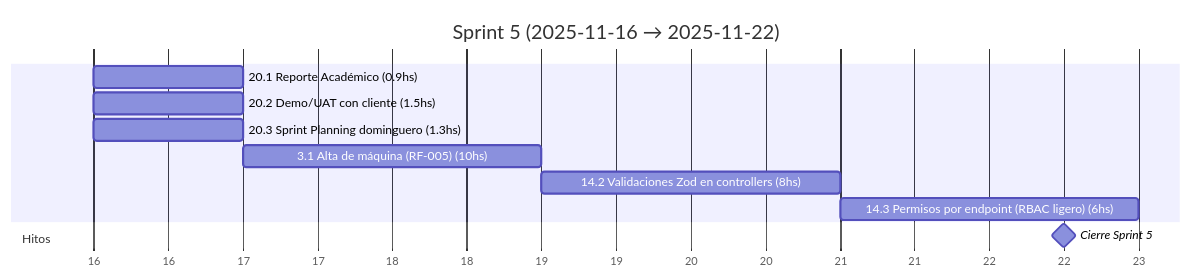
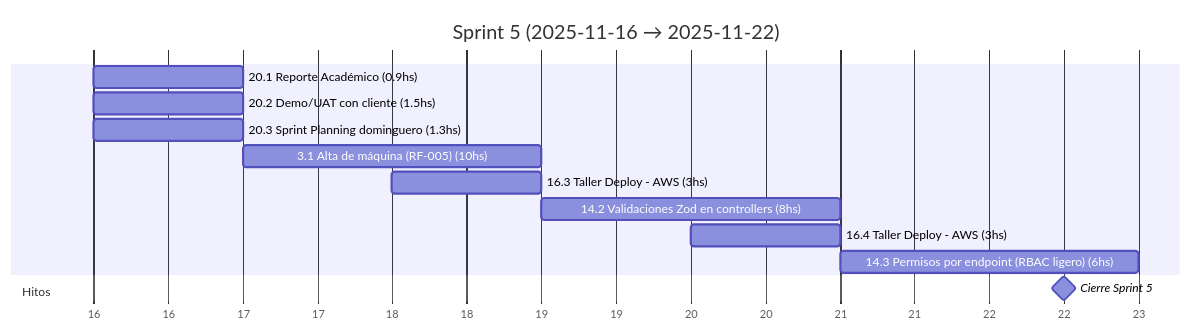
Before and after one commit to MarkMed/FleetMan: the sixth of 18 diagrams in docs/SprintsGantts.md, drawn with Mermaid. The commit also changed other lines of this file and 1 other file, not shown here.

Commit message:
Update sprint planning and Gantt charts: add deployment workshops and adjust task durations

````diff
--- a/docs/SprintsGantts.md
+++ b/docs/SprintsGantts.md
@@ -151,18 +155,20 @@
 ```mermaid
 gantt
   title Sprint 5 (2025-11-16 → 2025-11-22)
   dateFormat  YYYY-MM-DD
   axisFormat  %d
 
   %% Asumimos 5 h/día. Horas estimadas incluidas en el nombre.
 
   20.1 Reporte Académico (0.9hs)               :t201, 2025-11-16, 1d
   20.2 Demo/UAT con cliente (1.5hs)            :t202, 2025-11-16, 1d
   20.3 Sprint Planning dominguero (1.3hs)      :t203, 2025-11-16, 1d
   3.1 Alta de máquina (RF-005) (10hs)          :t31, after t203, 2d
+  16.3 Taller Deploy - AWS (3hs)               :t163, 2025-11-18, 1d
   14.2 Validaciones Zod en controllers (8hs)   :t142, after t31, 2d
+  16.4 Taller Deploy - AWS (3hs)               :t164, 2025-11-20, 1d
   14.3 Permisos por endpoint (RBAC ligero) (6hs) :t143, after t142, 2d
 
   section Hitos
   Cierre Sprint 5                              :milestone, s5, 2025-11-22, 1d
 ```
````
